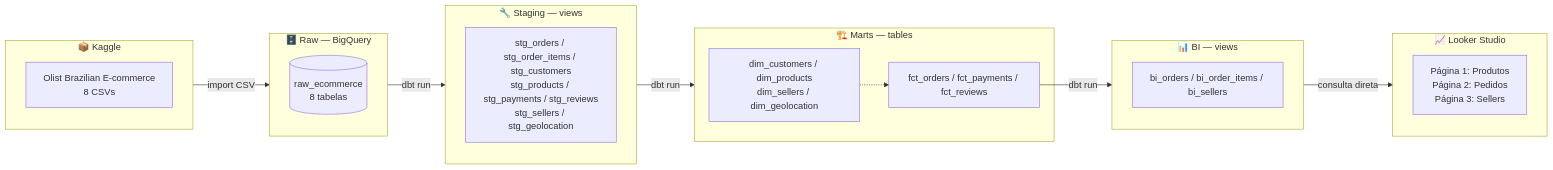
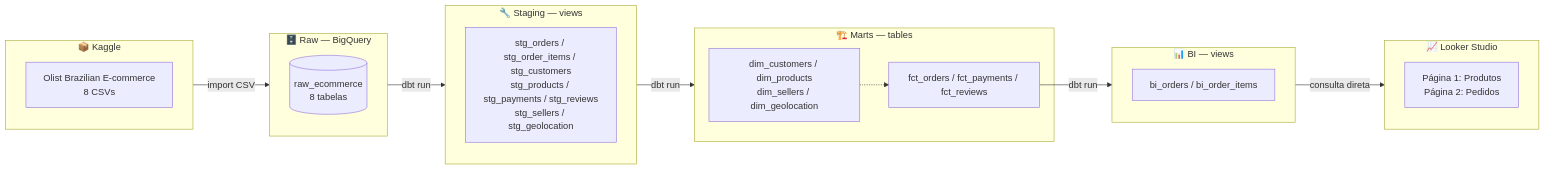
One commit to fsemeneze/raw_ecommerce changed the diagram in README.md. Above: the diagram before and after it, drawn with Mermaid. The commit also changed other lines of this file and 2 other files, not shown here.

First line of the commit message:
Remove view bi_sellers e atualiza documentação

````diff
--- a/README.md
+++ b/README.md
@@ -7,34 +7,34 @@
 ```mermaid
 flowchart LR
     subgraph Source["📦 Kaggle"]
         K["Olist Brazilian E-commerce<br/>8 CSVs"]
     end
 
     subgraph Raw["🗄️ Raw — BigQuery"]
         R[(raw_ecommerce<br/>8 tabelas)]
     end
 
     subgraph Staging["🔧 Staging — views"]
         S["stg_orders / stg_order_items / stg_customers<br/>stg_products / stg_payments / stg_reviews<br/>stg_sellers / stg_geolocation"]
     end
 
     subgraph Marts["🏗️ Marts — tables"]
         D["dim_customers / dim_products<br/>dim_sellers / dim_geolocation"]
         F["fct_orders / fct_payments / fct_reviews"]
     end
 
     subgraph BI["📊 BI — views"]
-        B["bi_orders / bi_order_items / bi_sellers"]
+        B["bi_orders / bi_order_items"]
     end
 
     subgraph Dashboard["📈 Looker Studio"]
-        L["Página 1: Produtos<br/>Página 2: Pedidos<br/>Página 3: Sellers"]
+        L["Página 1: Produtos<br/>Página 2: Pedidos"]
     end
 
     Source -->|"import CSV"| Raw
     Raw -->|"dbt run"| Staging
     Staging -->|"dbt run"| Marts
     D -.-> F
     F -->|"dbt run"| BI
     BI -->|"consulta direta"| Dashboard
 ```
````
